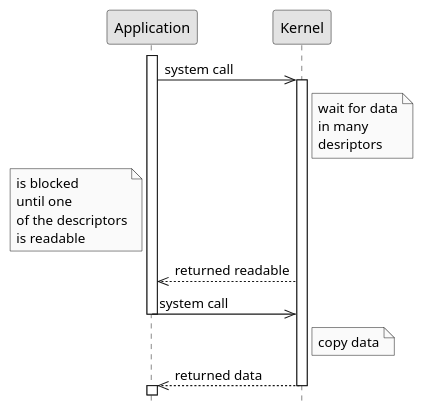
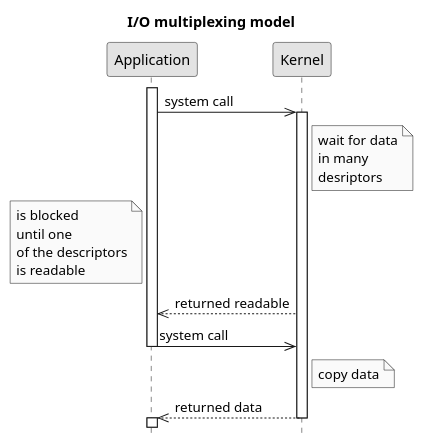
Before and after one commit to c0p4c4b4n4/demo-sockets-io-nio-nio2: the diagram in doc/plantuml/3. IO multiplexing model.puml, drawn with PlantUML. The commit also changed 4 other files, not shown here.

```diff
--- a/doc/plantuml/3. IO multiplexing model.puml
+++ b/doc/plantuml/3. IO multiplexing model.puml
@@ -1,17 +1,18 @@
 @startuml
+title I/O multiplexing model
 hide footbox
 skinparam monochrome true
 skinparam shadowing false
 activate Application
 Application->>Kernel: system call
 activate Kernel
 Note right of Kernel: wait for data\nin many\ndesriptors
 Note left of Application: is blocked\nuntil one\nof the descriptors\nis readable
 Kernel-->>Application: returned readable
 Application->>Kernel: system call
 deactivate Application
 Note right of Kernel: copy data
 Kernel-->>Application: returned data
 deactivate Kernel
 activate Application
 @enduml
```
